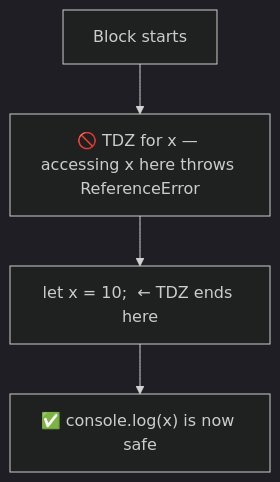
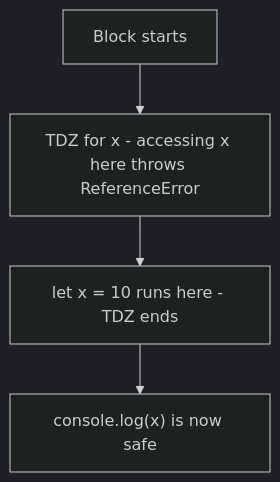
Before and after one commit to DipanPramanik098/Thunder-100-Days-Of-Code: the seventh of 19 diagrams in _01_JavaScript/JavaScript.md, drawn with Mermaid (dark theme). The commit also changed other lines of this file, not shown here.

````diff
--- a/_01_JavaScript/JavaScript.md
+++ b/_01_JavaScript/JavaScript.md
@@ -375,6 +375,6 @@
 ```mermaid
 flowchart TD
-    A["Block starts"] --> B["🚫 TDZ for x — accessing x here throws ReferenceError"]
-    B --> C["let x = 10;  ← TDZ ends here"]
-    C --> D["✅ console.log(x) is now safe"]
+    A["Block starts"] --> B["TDZ for x - accessing x here throws ReferenceError"]
+    B --> C["let x = 10 runs here - TDZ ends"]
+    C --> D["console.log(x) is now safe"]
 ```
````
